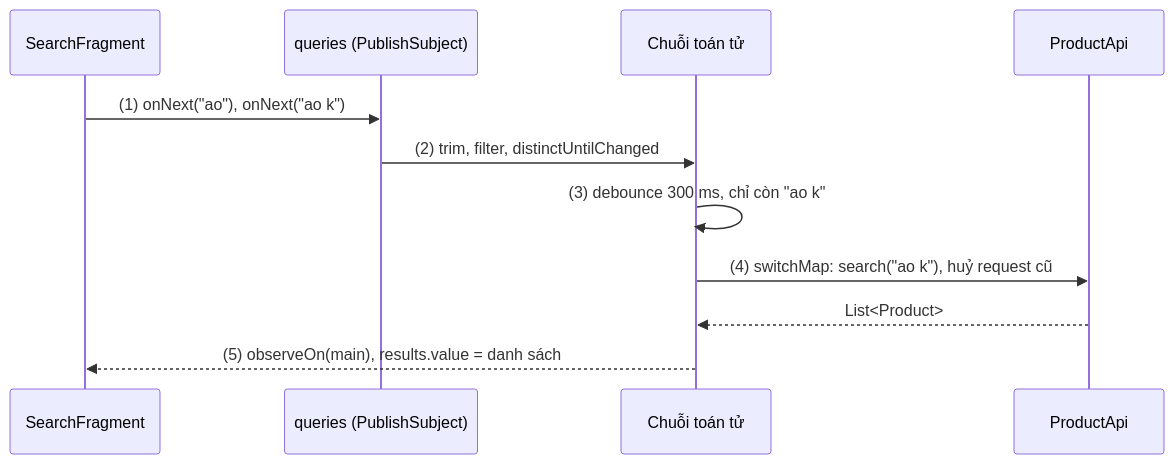
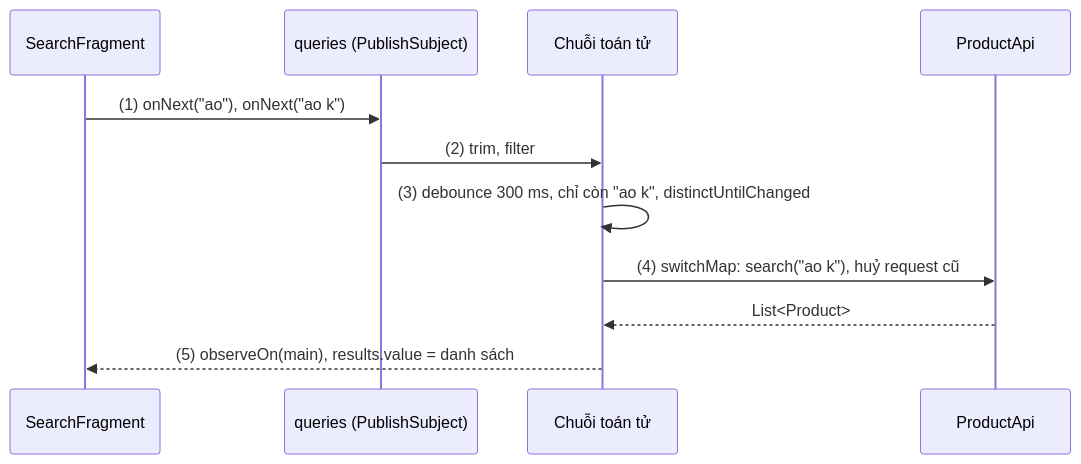
The fourth of 6 diagrams in knowledge/android/docs/session_07/design_pattern/observer/rxjava.md (h1eu/knowledge), drawn with Mermaid before and after one commit. The commit also changed other lines of this file and 19 other files, not shown here.

````diff
--- a/knowledge/android/docs/session_07/design_pattern/observer/rxjava.md
+++ b/knowledge/android/docs/session_07/design_pattern/observer/rxjava.md
@@ -291,13 +296,13 @@
 ```mermaid
 sequenceDiagram
     participant F as SearchFragment
     participant S as queries (PublishSubject)
     participant C as Chuỗi toán tử
     participant API as ProductApi
     F->>S: (1) onNext("ao"), onNext("ao k")
-    S->>C: (2) trim, filter, distinctUntilChanged
-    C->>C: (3) debounce 300 ms, chỉ còn "ao k"
+    S->>C: (2) trim, filter
+    C->>C: (3) debounce 300 ms, chỉ còn "ao k", distinctUntilChanged
     C->>API: (4) switchMap: search("ao k"), huỷ request cũ
     API-->>C: List<Product>
     C-->>F: (5) observeOn(main), results.value = danh sách
 ```
````
